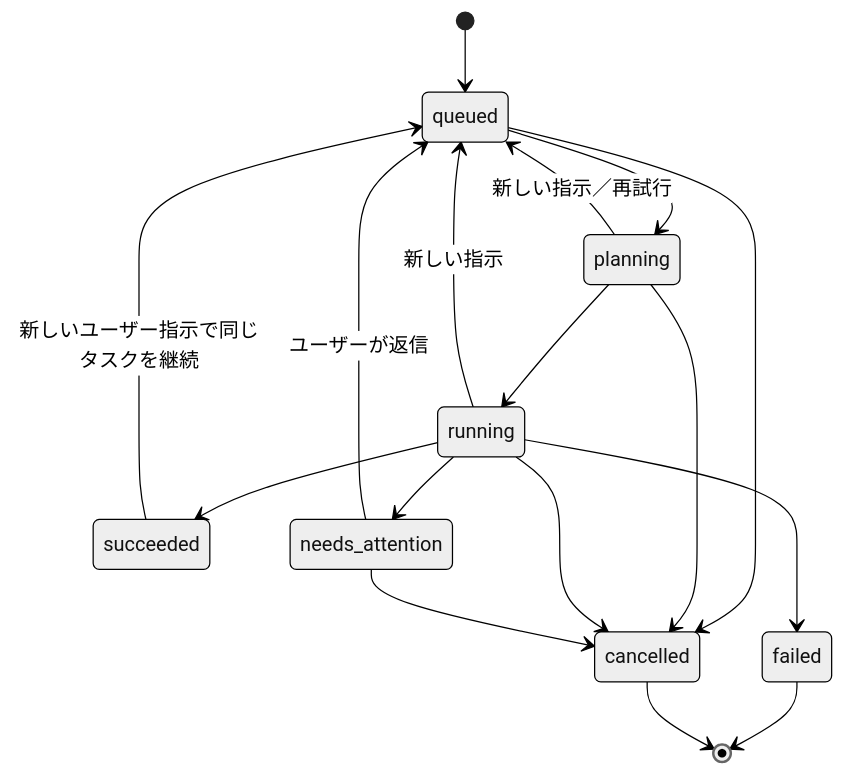
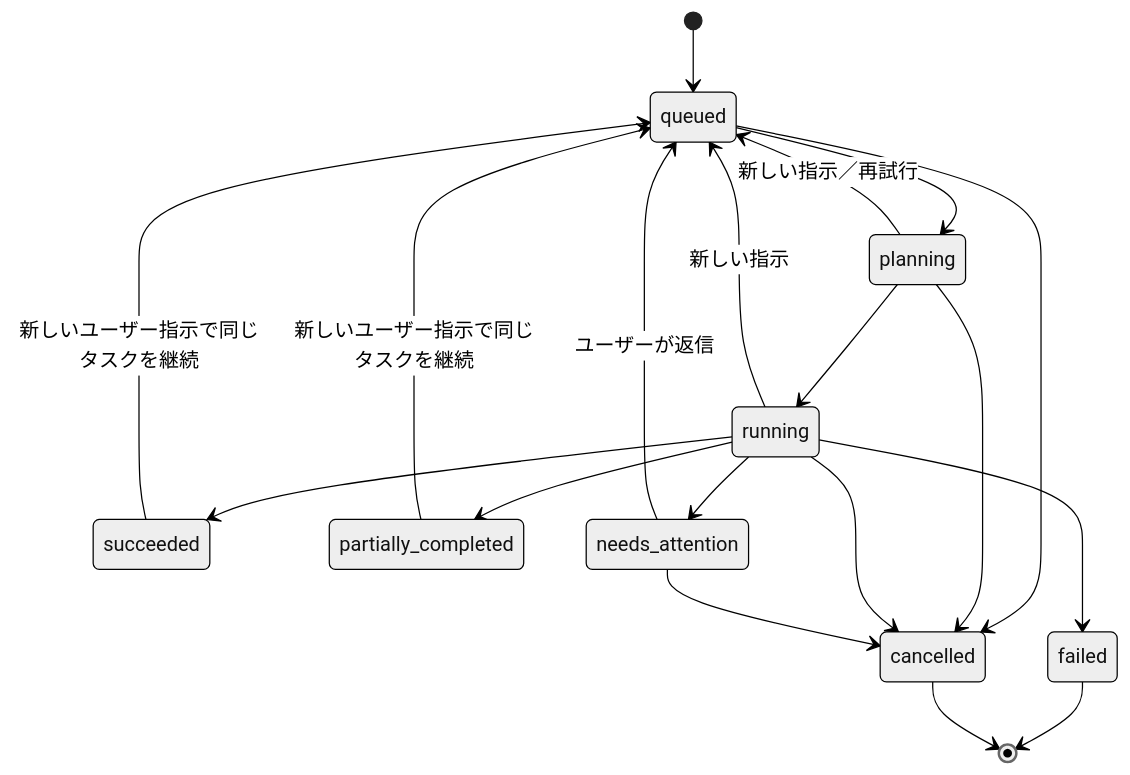
The fourth of 5 diagrams in dev-jp/01_design.md (ryoma-jp/agent-orchestrator-core), drawn with Mermaid (neutral theme) before and after one commit. The commit also changed other lines of this file and 20 other files, not shown here.

````diff
--- a/dev-jp/01_design.md
+++ b/dev-jp/01_design.md
@@ -340,19 +356,21 @@
 ```mermaid
 stateDiagram-v2
     [*] --> queued
     queued --> planning
     planning --> running
     running --> succeeded
+    running --> partially_completed
     running --> failed
     running --> needs_attention
     planning --> queued: 新しい指示／再試行
     running --> queued: 新しい指示
     needs_attention --> queued: ユーザーが返信
     succeeded --> queued: 新しいユーザー指示で同じタスクを継続
+    partially_completed --> queued: 新しいユーザー指示で同じタスクを継続
     queued --> cancelled
     planning --> cancelled
     running --> cancelled
     needs_attention --> cancelled
     failed --> [*]
     cancelled --> [*]
 ```
````
